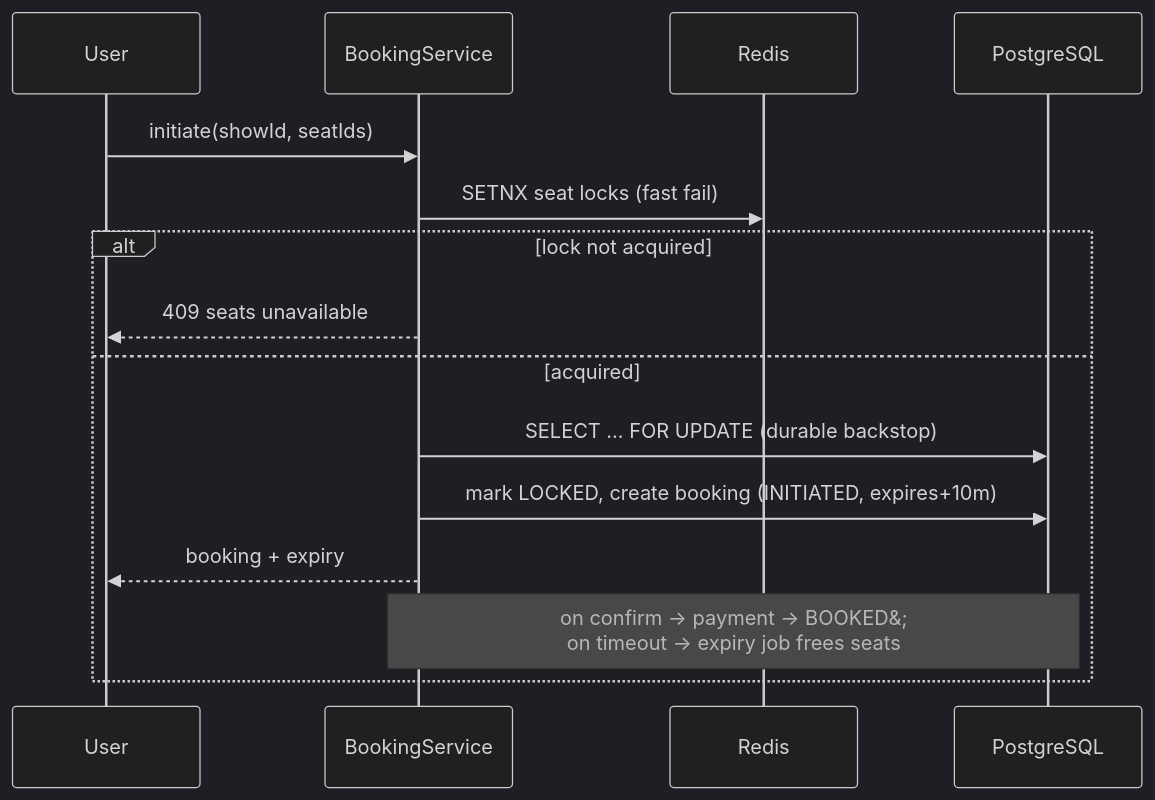
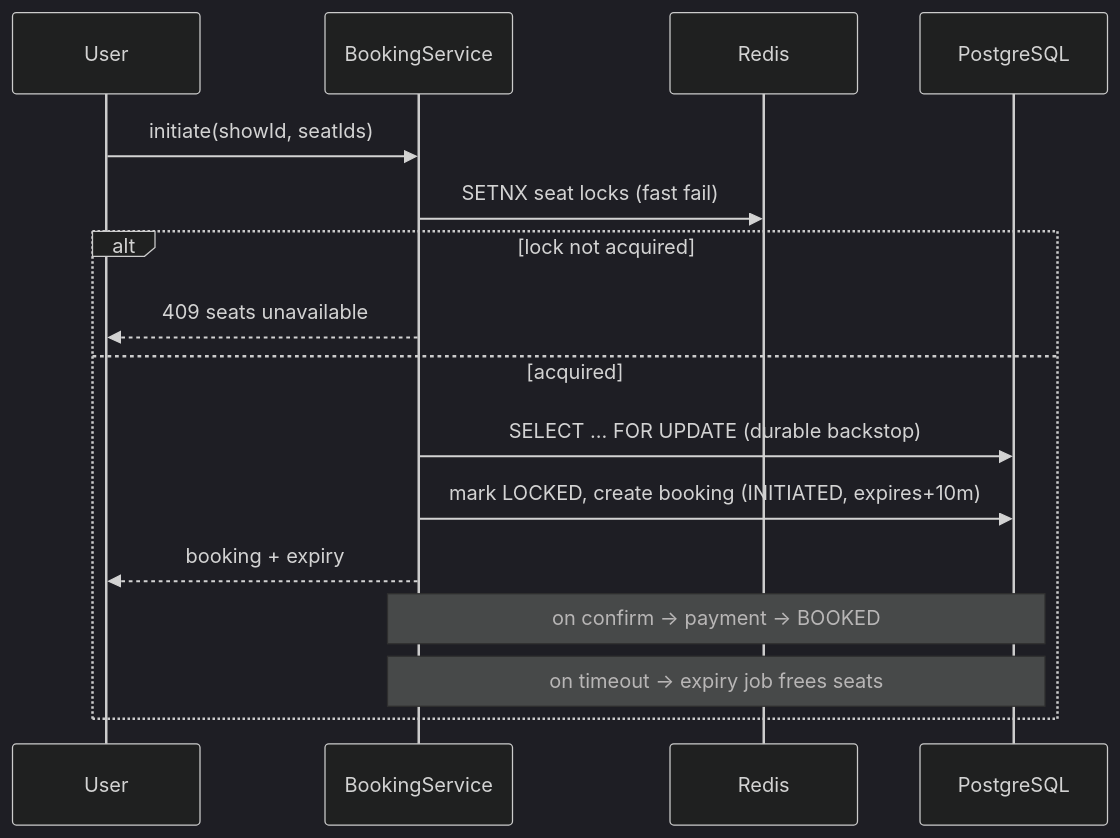
Before and after one commit to guptaumang769/book-my-show-backend: the second of 2 diagrams in README.md, drawn with Mermaid (dark theme).

Commit message:
fix: seat-booking sequence diagram
Refine booking confirmation and timeout notes in README.

````diff
--- a/README.md
+++ b/README.md
@@ -60,17 +60,18 @@
 ```mermaid
 sequenceDiagram
     participant U as User
     participant B as BookingService
     participant R as Redis
     participant D as PostgreSQL
     U->>B: initiate(showId, seatIds)
     B->>R: SETNX seat locks (fast fail)
     alt lock not acquired
         B-->>U: 409 seats unavailable
     else acquired
         B->>D: SELECT ... FOR UPDATE (durable backstop)
         B->>D: mark LOCKED, create booking (INITIATED, expires+10m)
         B-->>U: booking + expiry
-        Note over B,D: on confirm → payment → BOOKED&#59;<br/>on timeout → expiry job frees seats
+        Note over B,D: on confirm → payment → BOOKED
+        Note over B,D: on timeout → expiry job frees seats
     end
 ```
````
